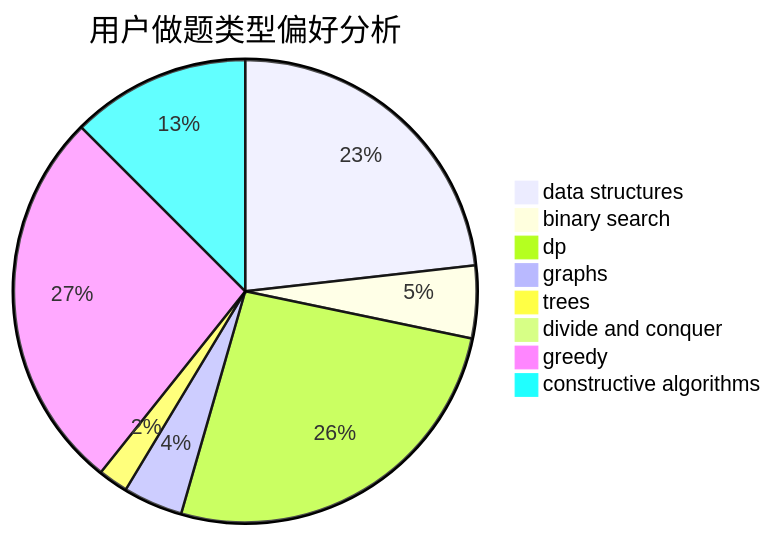
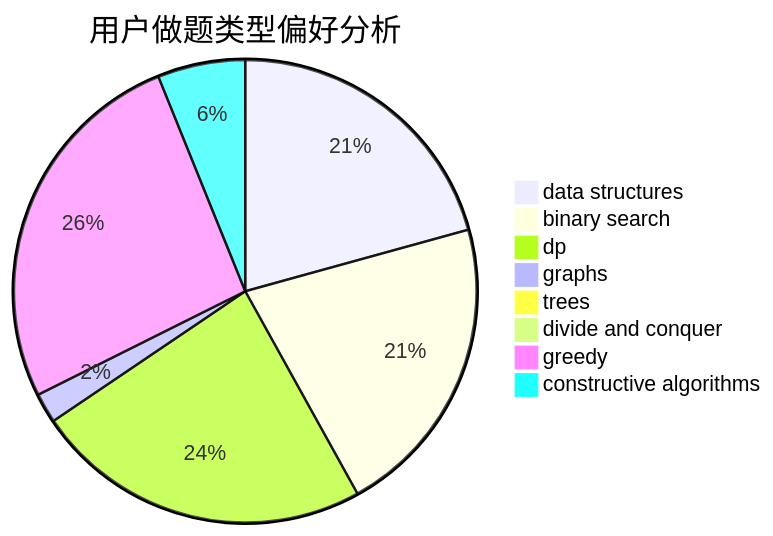
Before and after one commit to sherpahu/cfrs.github.io: the second of 3 diagrams in docs/user/u202.md, drawn with Mermaid. The commit also changed other lines of this file and 2770 other files, not shown here.

````diff
--- a/docs/user/u202.md
+++ b/docs/user/u202.md
@@ -23,11 +23,11 @@
 ```mermaid
 pie title 用户做题类型偏好分析
-    "data structures" :  78
-    "binary search" :  17
-    "dp" :  88
-    "graphs" :  14
-    "trees" :  7
+    "data structures" :  396
+    "binary search" :  406
+    "dp" :  451
+    "graphs" :  40
+    "trees" :  0
     "divide and conquer" :  0
-    "greedy" :  90
-    "constructive algorithms" :  42
+    "greedy" :  502
+    "constructive algorithms" :  117
 ```
````
